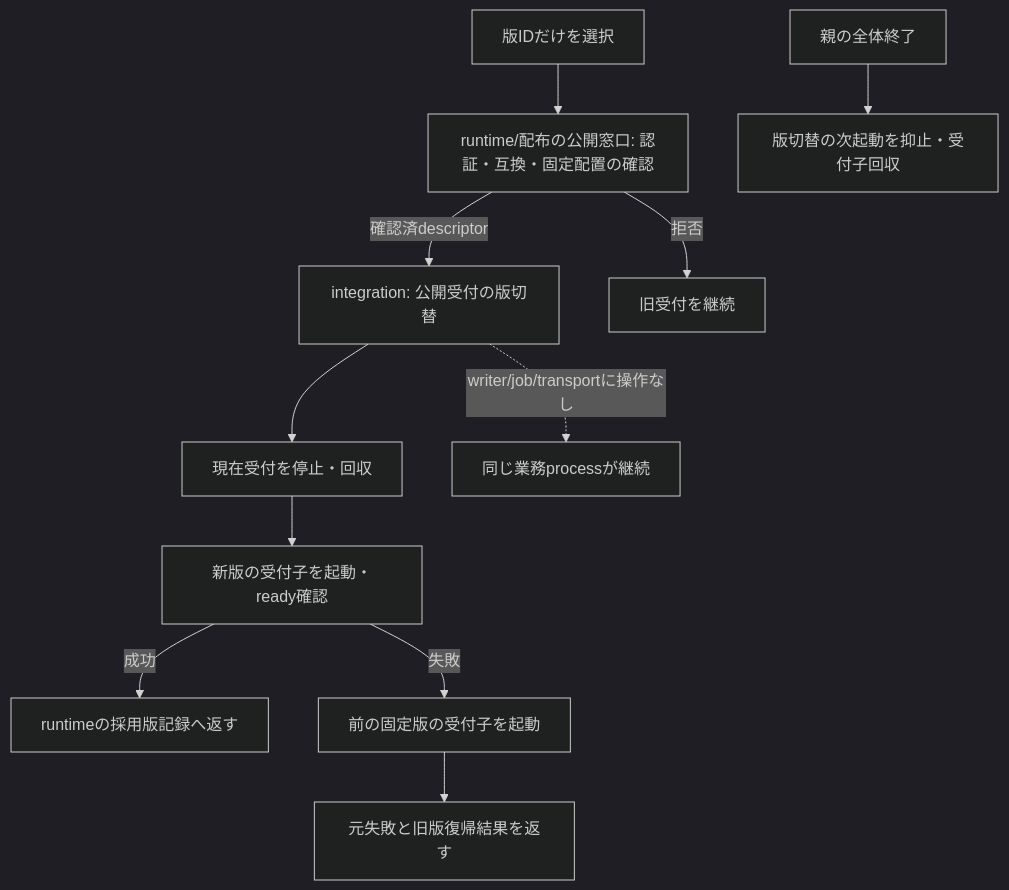
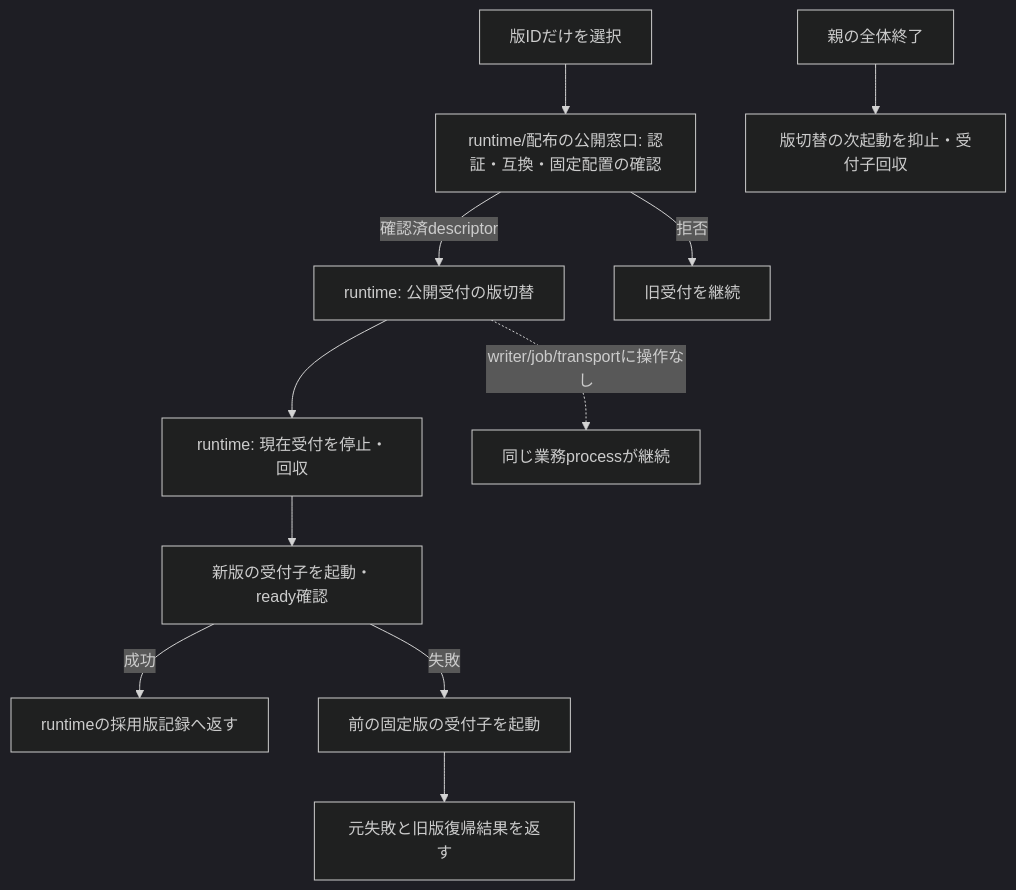
The sixth of 6 diagrams in docs/architecture/modules/integration/README.md (kitepon/BellTeam), drawn with Mermaid (dark theme) before and after one commit. The commit also changed other lines of this file and 4 other files, not shown here.

````diff
--- a/docs/architecture/modules/integration/README.md
+++ b/docs/architecture/modules/integration/README.md
@@ -126,13 +126,13 @@
 ```mermaid
 flowchart TD
   Version[版IDだけを選択] --> Prepare[runtime/配布の公開窓口: 認証・互換・固定配置の確認]
-  Prepare -->|確認済descriptor| Swap[integration: 公開受付の版切替]
+  Prepare -->|確認済descriptor| Swap[runtime: 公開受付の版切替]
   Prepare -->|拒否| Keep[旧受付を継続]
-  Swap --> Drain[現在受付を停止・回収]
+  Swap --> Drain[runtime: 現在受付を停止・回収]
   Drain --> New[新版の受付子を起動・ready確認]
   New -->|成功| Adopt[runtimeの採用版記録へ返す]
   New -->|失敗| Previous[前の固定版の受付子を起動]
   Previous --> Failure[元失敗と旧版復帰結果を返す]
   Close[親の全体終了] --> Cancel[版切替の次起動を抑止・受付子回収]
   Swap -. writer/job/transportに操作なし .-> Business[同じ業務processが継続]
 ```
````
